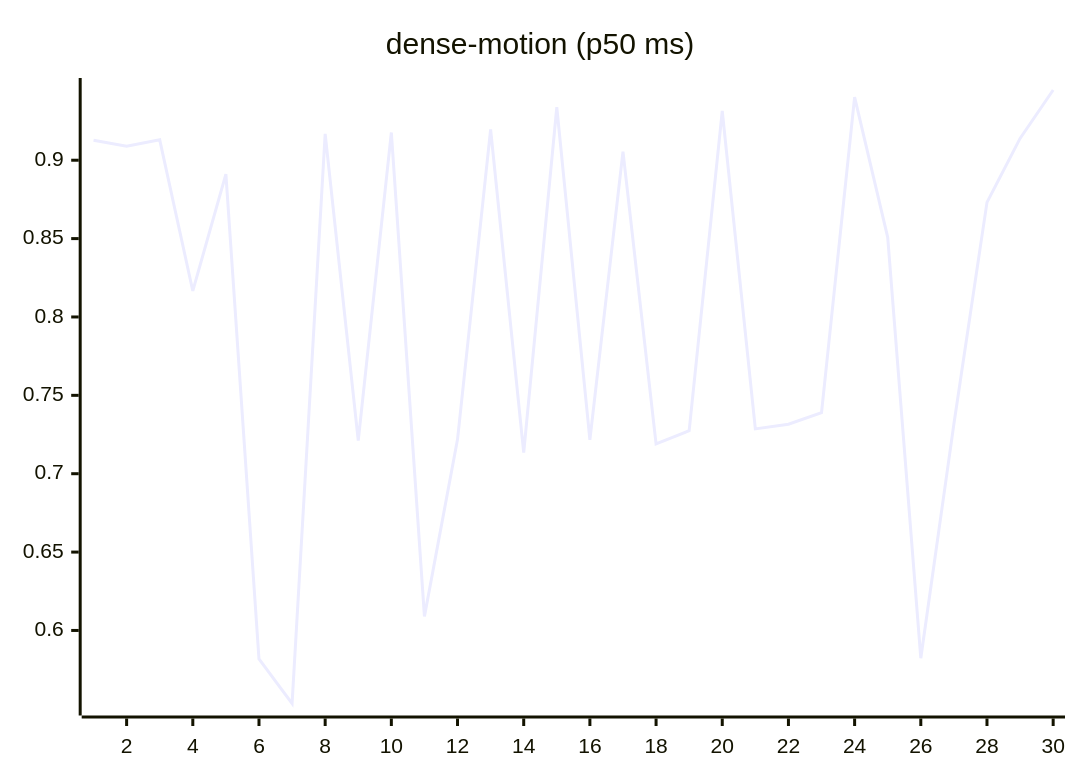
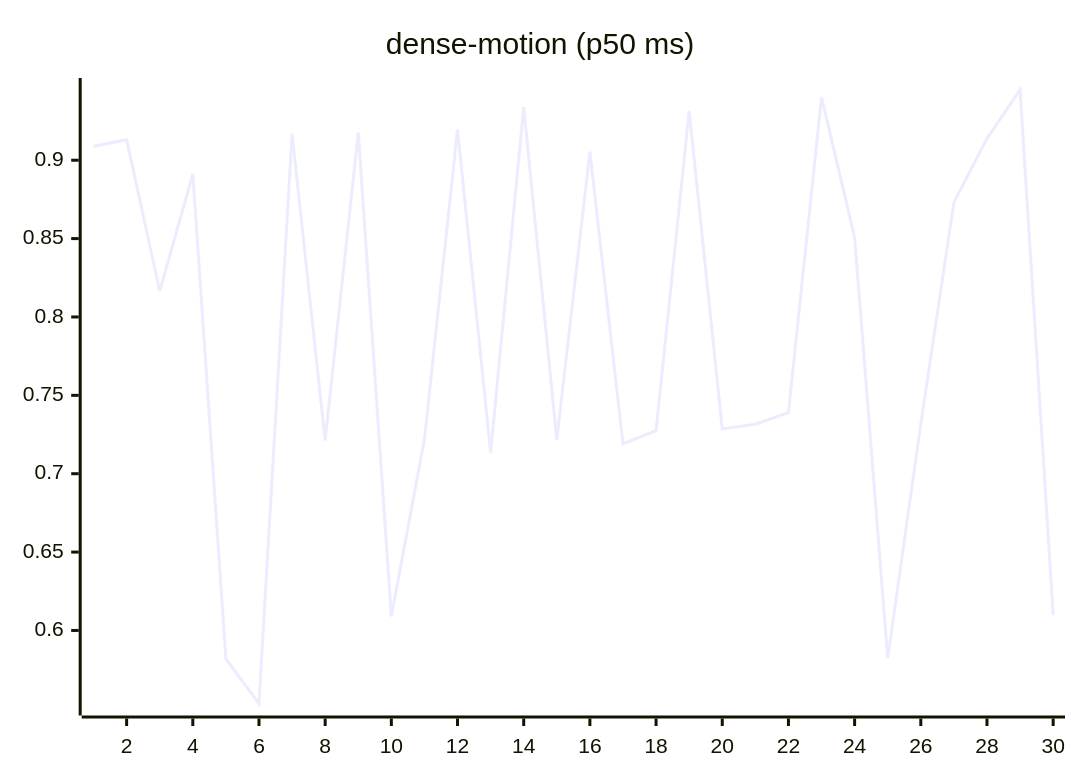
One commit to josha/Facet changed the ninth of 27 diagrams in README.md. Above: the diagram before and after it, drawn with Mermaid. The commit also changed other lines of this file and 2 other files, not shown here.

````diff
--- a/README.md
+++ b/README.md
@@ -119,6 +119,6 @@
 ```mermaid
 xychart-beta
     title "dense-motion (p50 ms)"
     x-axis 1 --> 30
-    line [0.9128, 0.9089, 0.9130, 0.8166, 0.8911, 0.5818, 0.5534, 0.9168, 0.7211, 0.9177, 0.6090, 0.7219, 0.9196, 0.7134, 0.9338, 0.7216, 0.9055, 0.7190, 0.7274, 0.9314, 0.7286, 0.7316, 0.7389, 0.9402, 0.8508, 0.5823, 0.7317, 0.8731, 0.9139, 0.9448]
+    line [0.9089, 0.9130, 0.8166, 0.8911, 0.5818, 0.5534, 0.9168, 0.7211, 0.9177, 0.6090, 0.7219, 0.9196, 0.7134, 0.9338, 0.7216, 0.9055, 0.7190, 0.7274, 0.9314, 0.7286, 0.7316, 0.7389, 0.9402, 0.8508, 0.5823, 0.7317, 0.8731, 0.9139, 0.9448, 0.6101]
 ```
````
